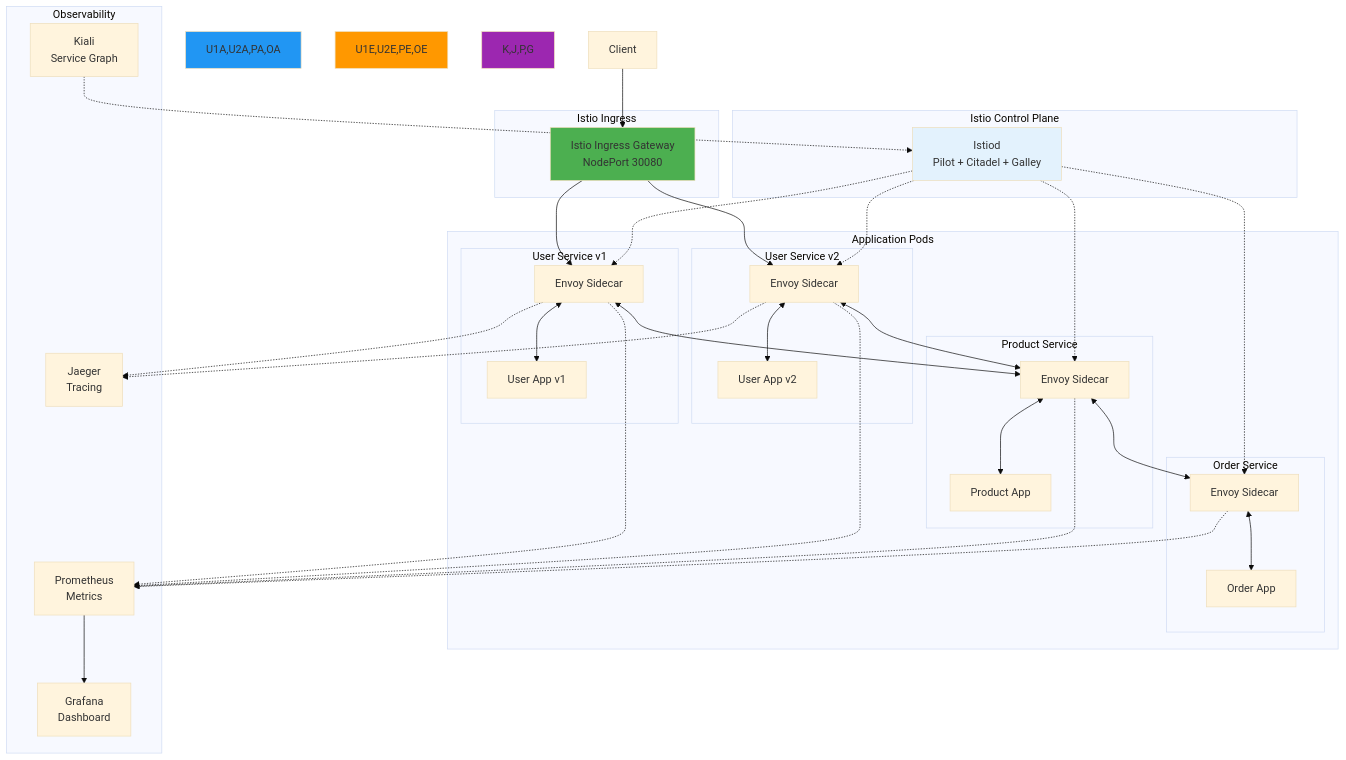
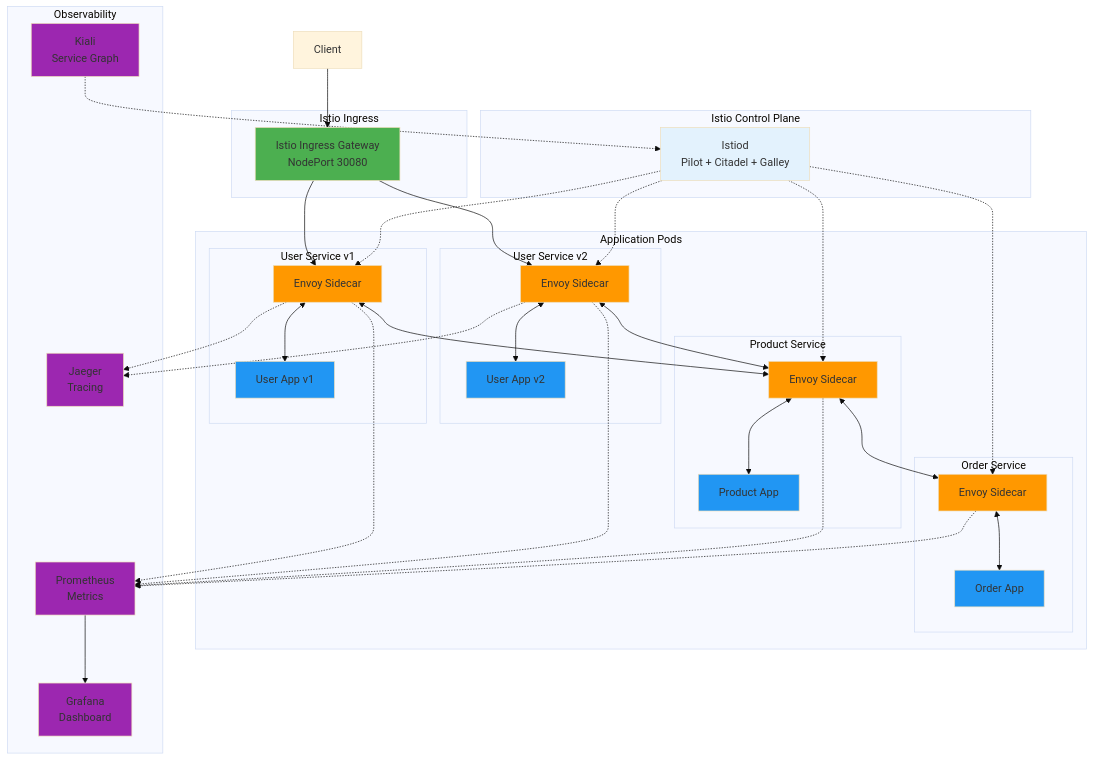
One commit to niceguy61/kdt_devops_lecture_2025 changed the diagram in theory/week_04/day2/handson_1.md. Above: the diagram before and after it, drawn with Mermaid (base theme). The commit also changed other lines of this file, not shown here.

````diff
--- a/theory/week_04/day2/handson_1.md
+++ b/theory/week_04/day2/handson_1.md
@@ -104,7 +103,16 @@
     
     style Istiod fill:#e3f2fd
     style IG fill:#4caf50
-    style U1A,U2A,PA,OA fill:#2196f3
-    style U1E,U2E,PE,OE fill:#ff9800
-    style K,J,P,G fill:#9c27b0
+    style U1A fill:#2196f3
+    style U2A fill:#2196f3
+    style PA fill:#2196f3
+    style OA fill:#2196f3
+    style U1E fill:#ff9800
+    style U2E fill:#ff9800
+    style PE fill:#ff9800
+    style OE fill:#ff9800
+    style K fill:#9c27b0
+    style J fill:#9c27b0
+    style P fill:#9c27b0
+    style G fill:#9c27b0
 ```
````
